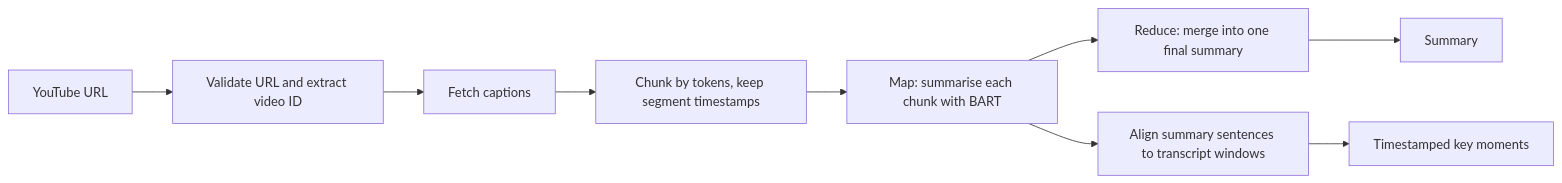
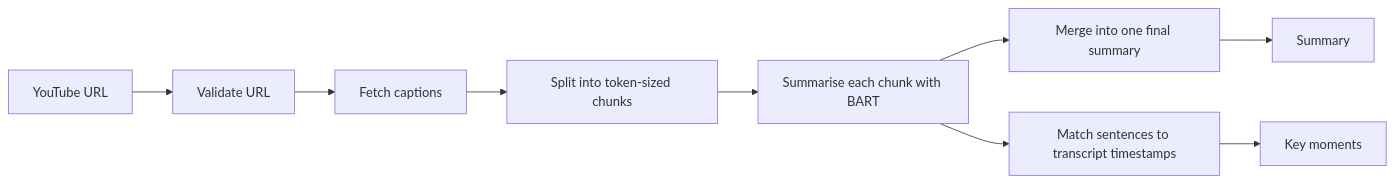
One commit to vedantmhapsekar06/Vidscribe changed the diagram in README.md. Above: the diagram before and after it, drawn with Mermaid. The commit also changed other lines of this file, not shown here.

````diff
--- a/README.md
+++ b/README.md
@@ -62,11 +26,11 @@
 ```mermaid
 flowchart LR
-  A[YouTube URL] --> B[Validate URL and extract video ID]
+  A[YouTube URL] --> B[Validate URL]
   B --> C[Fetch captions]
-  C --> D[Chunk by tokens, keep segment timestamps]
-  D --> E[Map: summarise each chunk with BART]
-  E --> F[Reduce: merge into one final summary]
-  E --> G[Align summary sentences to transcript windows]
+  C --> D[Split into token-sized chunks]
+  D --> E[Summarise each chunk with BART]
+  E --> F[Merge into one final summary]
+  E --> G[Match sentences to transcript timestamps]
   F --> H[Summary]
-  G --> I[Timestamped key moments]
+  G --> I[Key moments]
 ```
````
